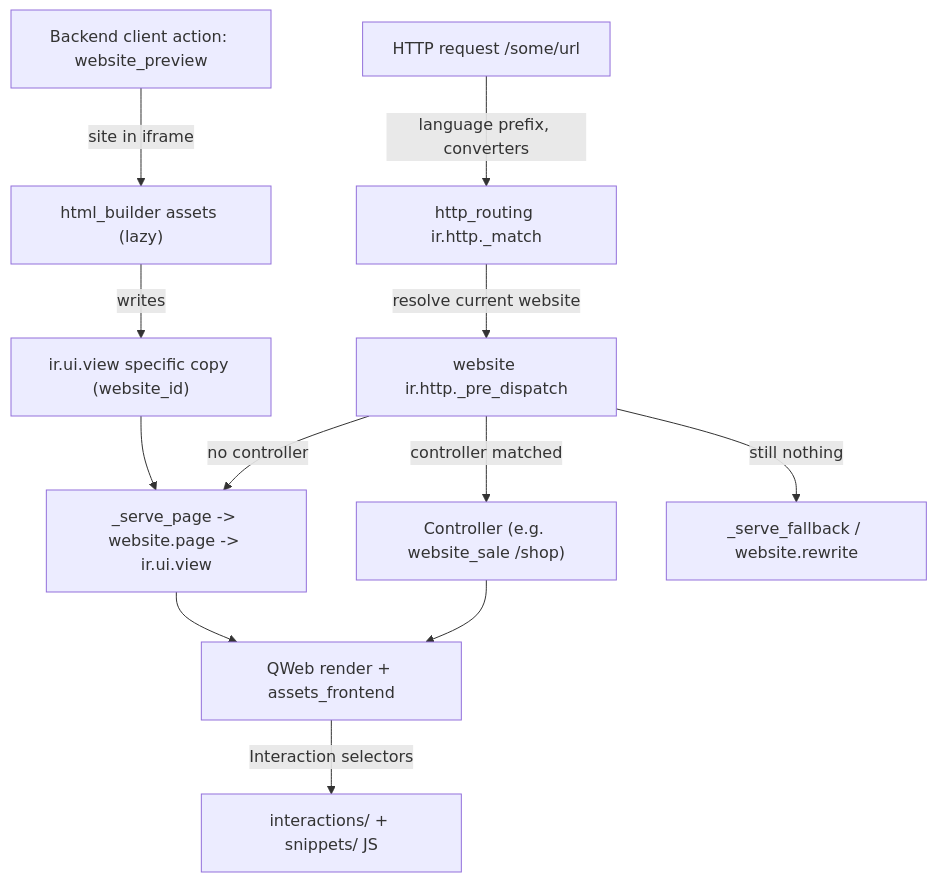
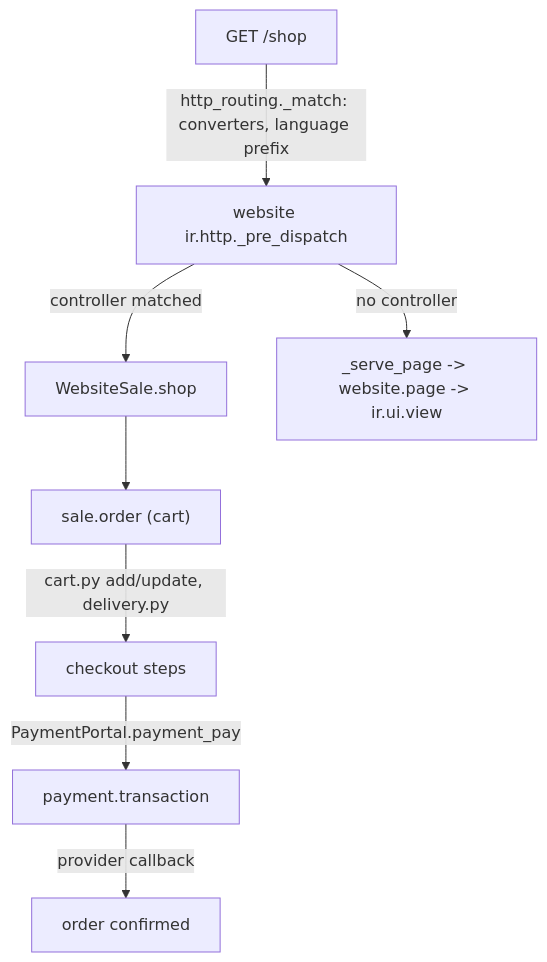
One commit to blitzy-public-samples/odoo changed the diagram in droid-wiki/apps/website-suite.md. Above: the diagram before and after it, drawn with Mermaid. The commit also changed other lines of this file and 78 other files, not shown here.

````diff
--- a/droid-wiki/apps/website-suite.md
+++ b/droid-wiki/apps/website-suite.md
@@ -57,14 +83,10 @@
 ```mermaid
 graph TD
-  req["HTTP request /some/url"] -->|"language prefix, converters"| routing["http_routing ir.http._match"]
-  routing -->|"resolve current website"| wsite["website ir.http._pre_dispatch"]
-  wsite -->|"controller matched"| ctrl["Controller (e.g. website_sale /shop)"]
-  wsite -->|"no controller"| page["_serve_page -> website.page -> ir.ui.view"]
-  wsite -->|"still nothing"| fallback["_serve_fallback / website.rewrite"]
-  ctrl --> qweb["QWeb render + assets_frontend"]
-  page --> qweb
-  qweb -->|"Interaction selectors"| inter["interactions/ + snippets/ JS"]
-  editor["Backend client action: website_preview"] -->|"site in iframe"| builder["html_builder assets (lazy)"]
-  builder -->|"writes"| view["ir.ui.view specific copy (website_id)"]
-  view --> page
+  req["GET /shop"] -->|"http_routing._match: converters, language prefix"| pre["website ir.http._pre_dispatch"]
+  pre -->|"controller matched"| shop["WebsiteSale.shop"]
+  pre -->|"no controller"| page["_serve_page -> website.page -> ir.ui.view"]
+  shop --> cart["sale.order (cart)"]
+  cart -->|"cart.py add/update, delivery.py"| chk["checkout steps"]
+  chk -->|"PaymentPortal.payment_pay"| tx["payment.transaction"]
+  tx -->|"provider callback"| done["order confirmed"]
 ```
````
